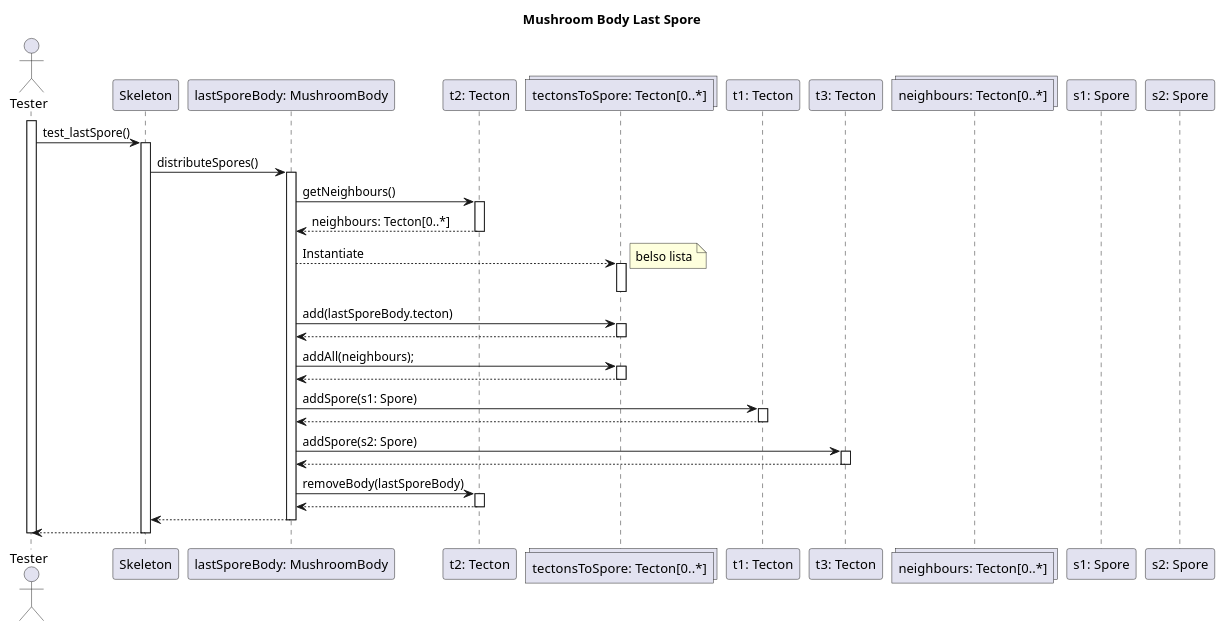
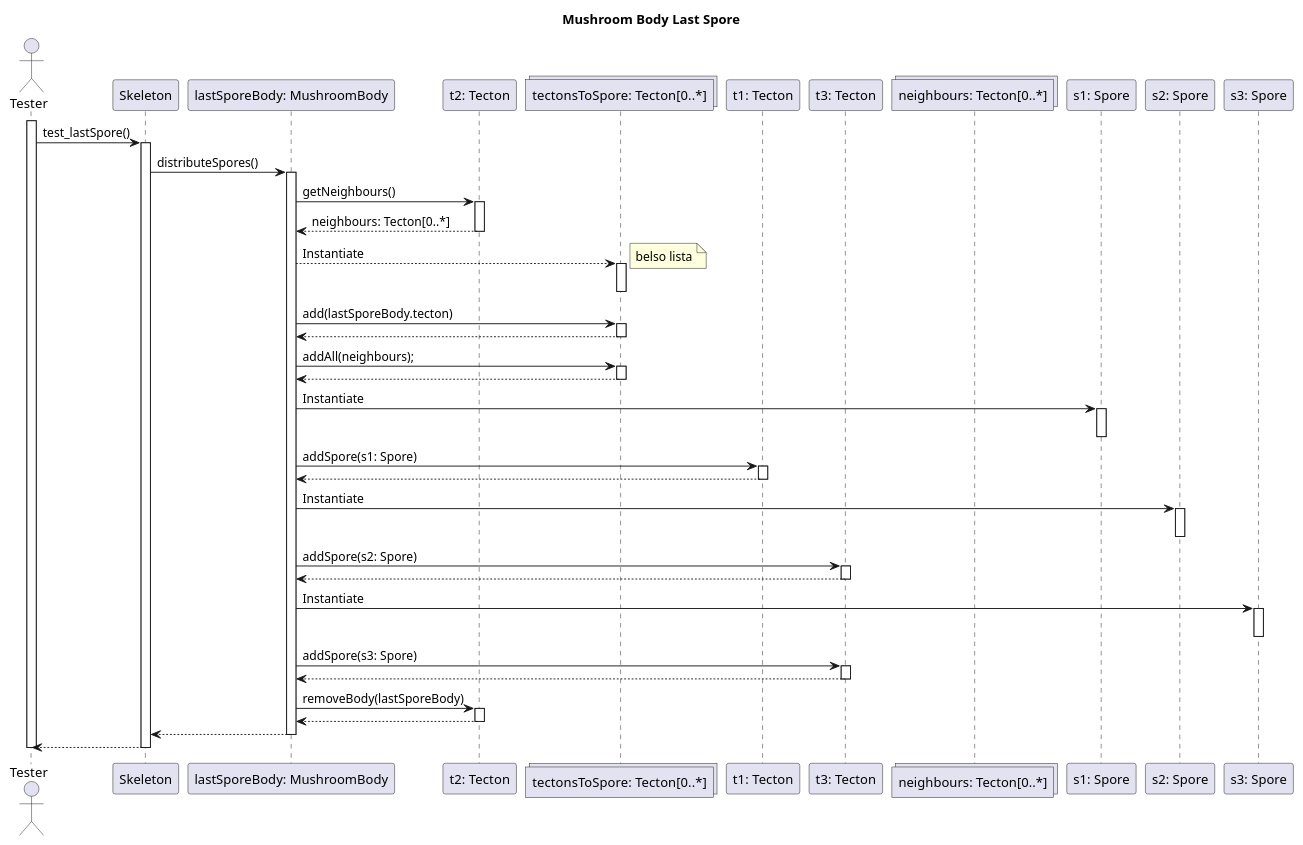
The diagram in diagrams/test-sequence/mushroom/mushroomBodyLastSpore.wsd (dzsem/projlab), drawn with PlantUML before and after one commit. The commit also changed 2 other files, not shown here.

Commit message:
Added spore initialization to distribute spore sd-s

```diff
--- a/diagrams/test-sequence/mushroom/mushroomBodyLastSpore.wsd
+++ b/diagrams/test-sequence/mushroom/mushroomBodyLastSpore.wsd
@@ -1,82 +1,99 @@
 @startuml Mushroom Body Last Spore
 
 title Mushroom Body Last Spore
 
 actor "Tester" as tester
 participant "Skeleton" as skeleton
 participant "lastSporeBody: MushroomBody" as lsmb
 participant "t2: Tecton" as t2
 
 collections "tectonsToSpore: Tecton[0..*]" as tectons
 
 participant "t1: Tecton" as t1
 participant "t3: Tecton" as t3
 
 collections "neighbours: Tecton[0..*]"
-participant "s1: Spore"
-participant "s2: Spore"
+participant "s1: Spore" as s1
+participant "s2: Spore" as s2
+participant "s3: Spore" as s3
 
 activate tester
 tester -> skeleton: test_lastSpore()
 activate skeleton
 
 
 ' BEGIN COPY
 skeleton -> lsmb: distributeSpores() 
 activate lsmb
 lsmb -> t2 : getNeighbours()
 activate t2
 t2 --> lsmb : neighbours: Tecton[0..*]
 deactivate t2
 
 lsmb --> tectons: Instantiate
 note right: belso lista
 activate tectons
 deactivate tectons
 
 lsmb -> tectons: add(lastSporeBody.tecton)
 activate tectons
 tectons --> lsmb
 deactivate tectons
 
 lsmb -> tectons: addAll(neighbours);
 activate tectons
 tectons --> lsmb
 deactivate tectons
 
 ' CANT REUSE
 ' loop for each tectonToSpore in tectonsToSpore
 '     body -> tectonToSpore : addSpore(spore: Spore)
 '     activate tectonToSpore
 '     tectonToSpore --> body 
 '     deactivate tectonToSpore
 ' 
 ' end
 
+lsmb -> s1: Instantiate
+activate s1
+deactivate s1
+
 lsmb -> t1: addSpore(s1: Spore)
 activate t1
 t1 --> lsmb
 deactivate t1
 
+lsmb -> s2: Instantiate
+activate s2
+deactivate s2
 
 lsmb -> t3: addSpore(s2: Spore)
+activate t3
+t3 --> lsmb
+deactivate t3
+
+lsmb -> s3: Instantiate
+activate s3
+deactivate s3
+
+lsmb -> t3: addSpore(s3: Spore)
 activate t3
 t3 --> lsmb
 deactivate t3
 
 lsmb -> t2 : removeBody(lastSporeBody)
 activate t2
 t2 --> lsmb
 deactivate t2
 
 lsmb --> skeleton
 deactivate lsmb
 
 ' END COPY
 
 skeleton --> tester
 deactivate skeleton
 
 deactivate tester
 
 @enduml
```
